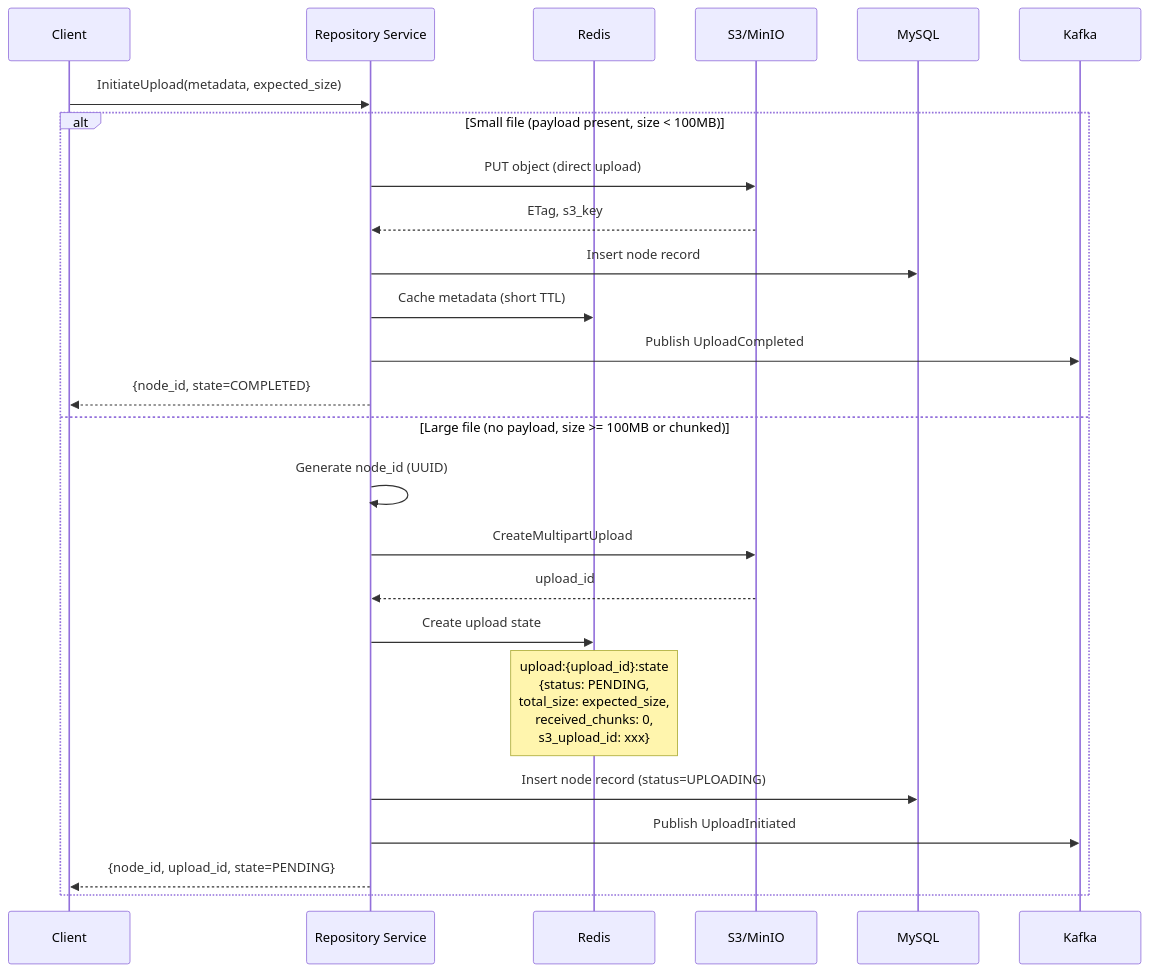
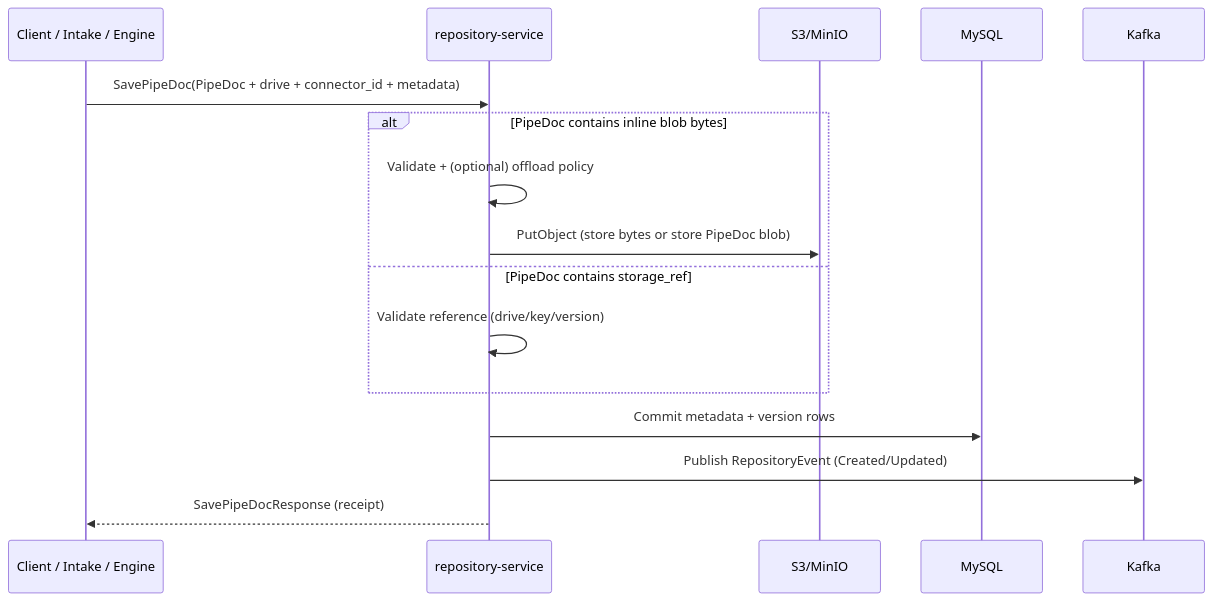
Before and after one commit to ai-pipestream/repository-service: the first of 2 diagrams in docs/new-design/01-upload-flow.md, drawn with Mermaid. The commit also changed other lines of this file and 39 other files, not shown here.

Commit message:
Remove outdated Redis queuing strategy and architecture comparison documentation.

````diff
--- a/docs/new-design/01-upload-flow.md
+++ b/docs/new-design/01-upload-flow.md
@@ -38,28 +17,21 @@
 ```mermaid
 sequenceDiagram
-    participant C as Client
-    participant RS as Repository Service
-    participant R as Redis
-    participant S3 as S3/MinIO
-    participant DB as MySQL
+  participant Client as Client / Intake / Engine
+  participant Repo as repository-service
+  participant S3 as S3/MinIO
+  participant DB as MySQL
+  participant K as Kafka
 
-    C->>RS: InitiateUpload(metadata, expected_size)
+  Client->>Repo: SavePipeDoc(PipeDoc + drive + connector_id + metadata)
 
-    alt Small file (payload present, size < 100MB)
-        RS->>S3: PUT object (direct upload)
-        S3-->>RS: ETag, s3_key
-        RS->>DB: Insert node record
-        RS->>R: Cache metadata (short TTL)
-        RS->>Kafka: Publish UploadCompleted
-        RS-->>C: {node_id, state=COMPLETED}
-    else Large file (no payload, size >= 100MB or chunked)
-        RS->>RS: Generate node_id (UUID)
-        RS->>S3: CreateMultipartUpload
-        S3-->>RS: upload_id
-        RS->>R: Create upload state
-        Note over R: upload:{upload_id}:state<br/>{status: PENDING,<br/>total_size: expected_size,<br/>received_chunks: 0,<br/>s3_upload_id: xxx}
-        RS->>DB: Insert node record (status=UPLOADING)
-        RS->>Kafka: Publish UploadInitiated
-        RS-->>C: {node_id, upload_id, state=PENDING}
-    end
+  alt PipeDoc contains inline blob bytes
+    Repo->>Repo: Validate + (optional) offload policy
+    Repo->>S3: PutObject (store bytes or store PipeDoc blob)
+  else PipeDoc contains storage_ref
+    Repo->>Repo: Validate reference (drive/key/version)
+  end
+
+  Repo->>DB: Commit metadata + version rows
+  Repo->>K: Publish RepositoryEvent (Created/Updated)
+  Repo-->>Client: SavePipeDocResponse (receipt)
 ```
````
